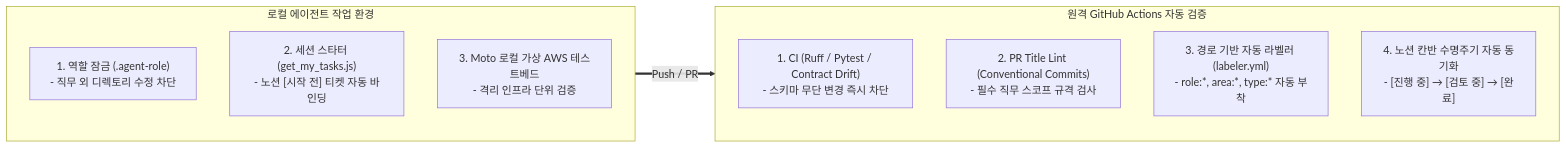
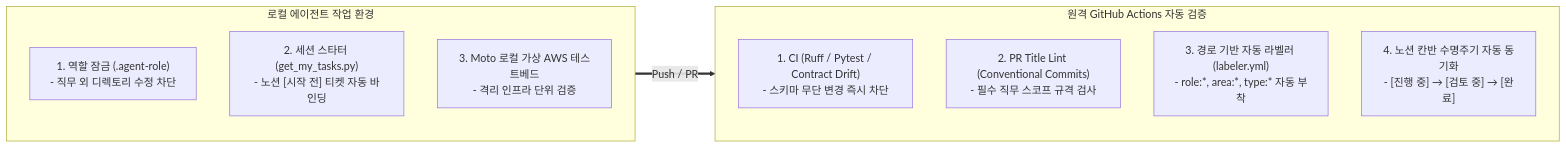
Before and after one commit to mmmphyun/aleph-project: the second of 2 diagrams in README.md, drawn with Mermaid. The commit also changed other lines of this file and 22 other files, not shown here.

````diff
--- a/README.md
+++ b/README.md
@@ -132,19 +132,19 @@
 ```mermaid
 flowchart LR
     subgraph Local ["로컬 에이전트 작업 환경"]
         direction TB
         L1["1. 역할 잠금 (.agent-role)<br>- 직무 외 디렉토리 수정 차단"]
-        L2["2. 세션 스타터 (get_my_tasks.js)<br>- 노션 [시작 전] 티켓 자동 바인딩"]
+        L2["2. 세션 스타터 (get_my_tasks.py)<br>- 노션 [시작 전] 티켓 자동 바인딩"]
         L3["3. Moto 로컬 가상 AWS 테스트베드<br>- 격리 인프라 단위 검증"]
     end
 
     subgraph Remote ["원격 GitHub Actions 자동 검증"]
         direction TB
         R1["1. CI (Ruff / Pytest / Contract Drift)<br>- 스키마 무단 변경 즉시 차단"]
         R2["2. PR Title Lint (Conventional Commits)<br>- 필수 직무 스코프 규격 검사"]
         R3["3. 경로 기반 자동 라벨러 (labeler.yml)<br>- role:*, area:*, type:* 자동 부착"]
         R4["4. 노션 칸반 수명주기 자동 동기화<br>- [진행 중] → [검토 중] → [완료]"]
     end
 
     Local ==>|Push / PR| Remote
 ```
````
